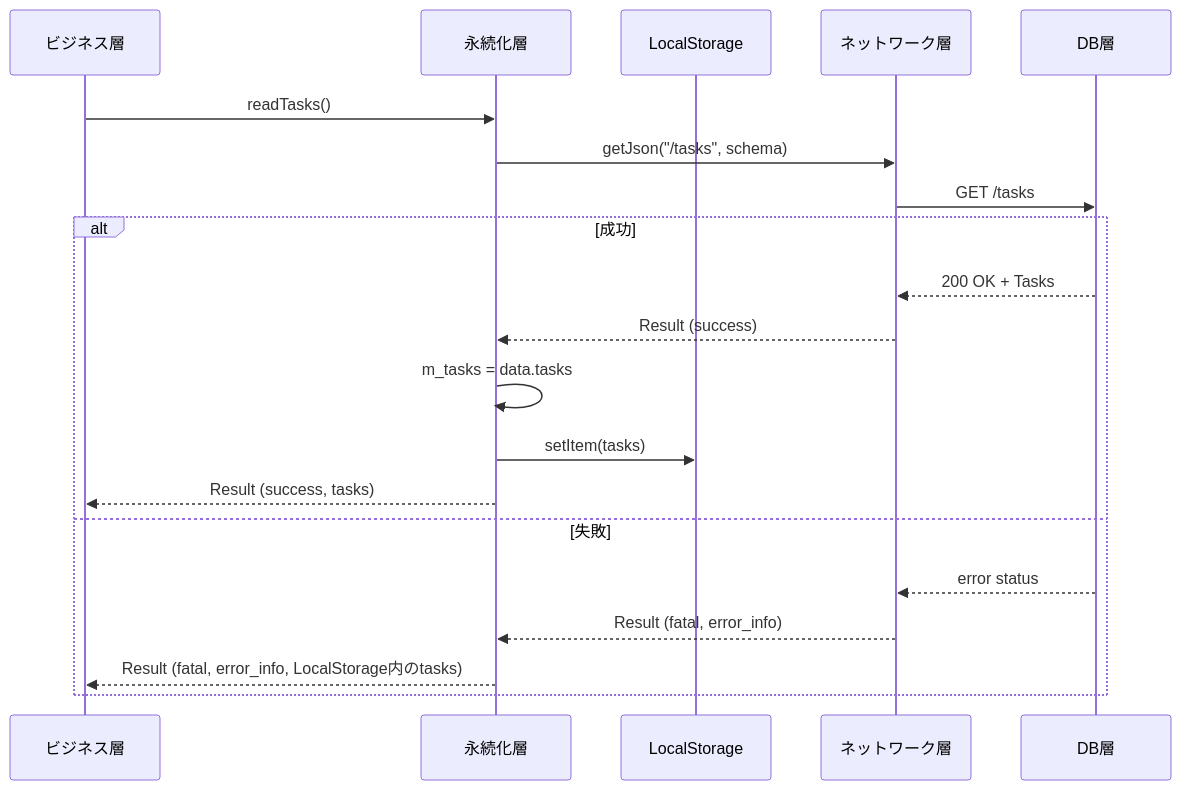
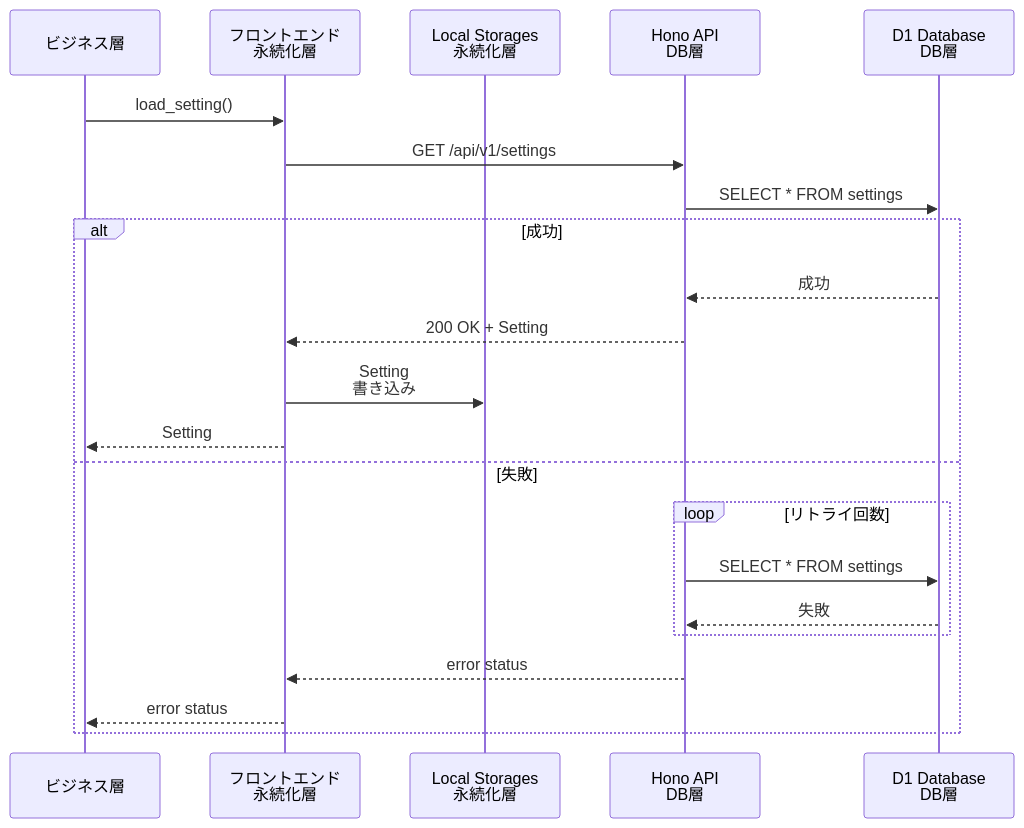
One commit to osawa-naotaka/vanishtodo changed the first of 3 diagrams in doc/06_02_PERSISTENT_SPEC.md. Above: the diagram before and after it, drawn with Mermaid. The commit also changed other lines of this file, not shown here.

````diff
--- a/doc/06_02_PERSISTENT_SPEC.md
+++ b/doc/06_02_PERSISTENT_SPEC.md
@@ -68,24 +126,26 @@
 ```mermaid
 sequenceDiagram
     participant Business as ビジネス層
-    participant Persistent as 永続化層
-    participant Local as LocalStorage
-    participant Network as ネットワーク層
-    participant DB as DB層
+    participant Front as フロントエンド<br>永続化層
+    participant Local as Local Storages<br>永続化層
+    participant API as Hono API<br>DB層
+    participant DB as D1 Database<br>DB層
+    
+    Business->>Front: load_setting()
 
-    Business->>Persistent: readTasks()
-    Persistent->>Network: getJson("/tasks", schema)
-    Network->>DB: GET /tasks
-
+    Front->>API: GET /api/v1/settings
+    API->>DB: SELECT * FROM settings
     alt 成功
-        DB-->>Network: 200 OK + Tasks
-        Network-->>Persistent: Result (success)
-        Persistent->>Persistent: m_tasks = data.tasks
-        Persistent->>Local: setItem(tasks)
-        Persistent-->>Business: Result (success, tasks)
+        DB-->>API: 成功
+        API-->>Front: 200 OK + Setting
+        Front->>Local: Setting<br>書き込み
+        Front-->>Business: Setting
     else 失敗
-        DB-->>Network: error status
-        Network-->>Persistent: Result (fatal, error_info)
-        Persistent-->>Business: Result (fatal, error_info, LocalStorage内のtasks)
+        loop リトライ回数
+            API->>DB: SELECT * FROM settings
+            DB-->>API: 失敗
+        end
+        API-->>Front: error status
+        Front-->>Business: error status
     end
 ```
````
